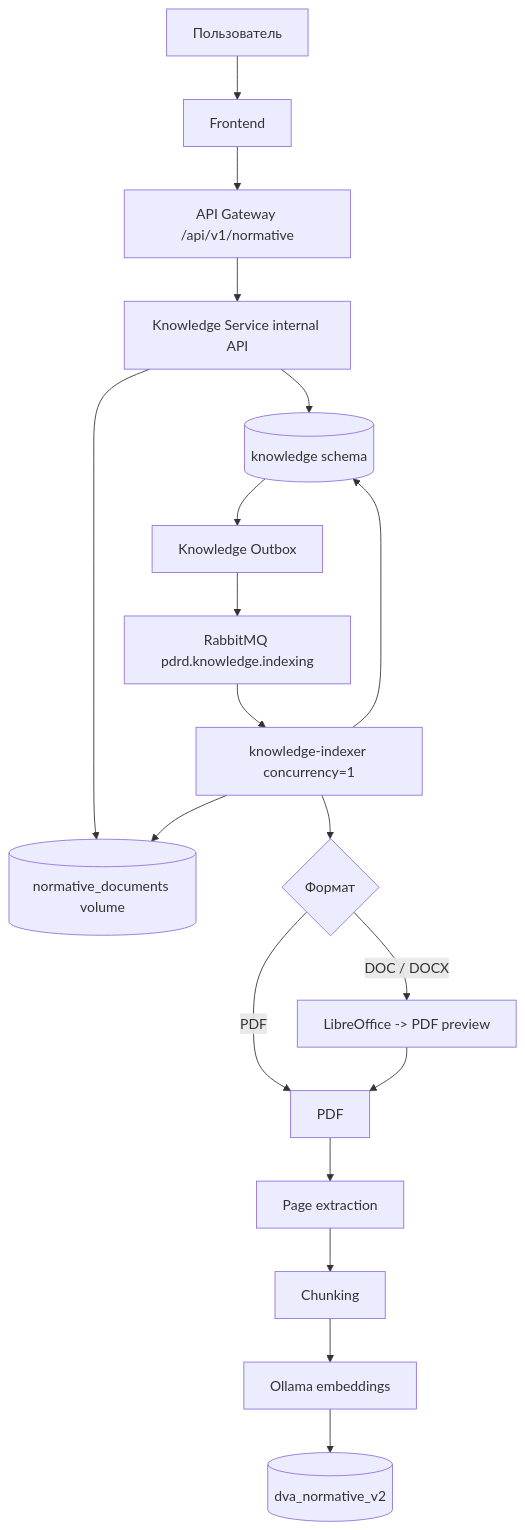
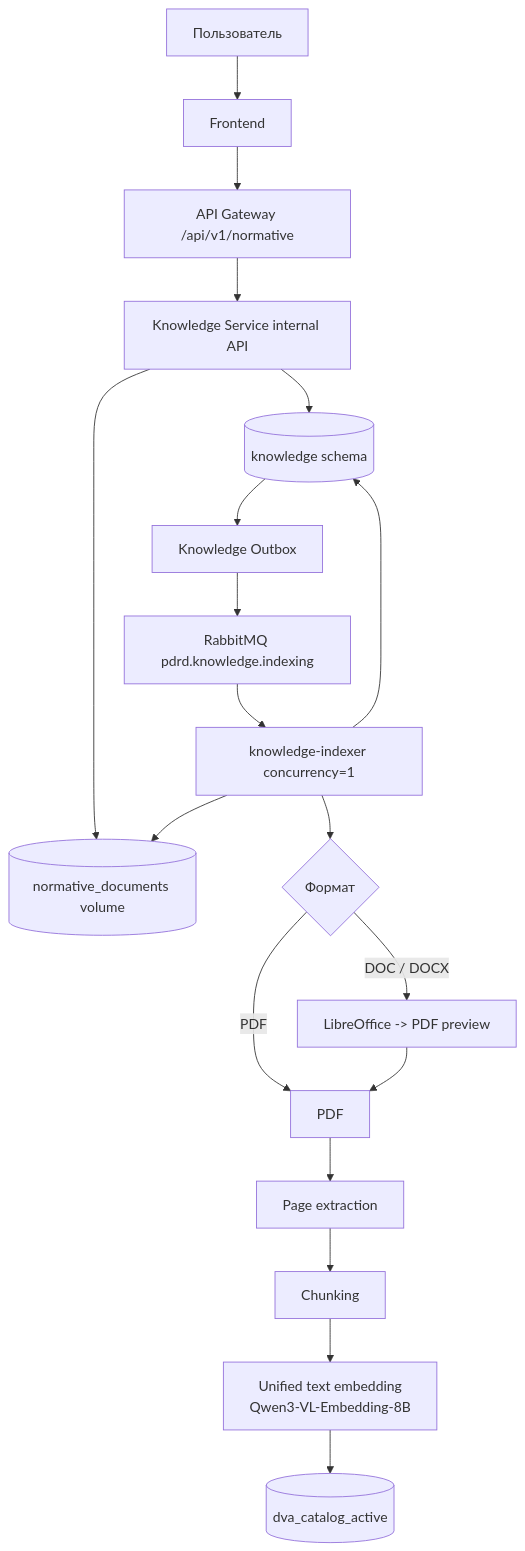
Before and after one commit to Amadu-A/PDRD-validation: the second of 10 diagrams in README.md, drawn with Mermaid. The commit also changed other lines of this file and 7 other files, not shown here.

````diff
--- a/README.md
+++ b/README.md
@@ -149,26 +172,26 @@
 ```mermaid
 flowchart TD
     U["Пользователь"] --> FE["Frontend"]
     FE --> GW["API Gateway /api/v1/normative"]
     GW --> KS["Knowledge Service internal API"]
 
     KS --> PG[("knowledge schema")]
     KS --> STORE[("normative_documents volume")]
 
     PG --> OUTBOX["Knowledge Outbox"]
     OUTBOX --> RMQ["RabbitMQ pdrd.knowledge.indexing"]
     RMQ --> IDX["knowledge-indexer concurrency=1"]
 
     IDX --> STORE
     IDX --> TYPE{"Формат"}
     TYPE -->|PDF| PDF["PDF"]
     TYPE -->|DOC / DOCX| LO["LibreOffice -> PDF preview"]
     LO --> PDF
 
     PDF --> TEXT["Page extraction"]
     TEXT --> CHUNK["Chunking"]
-    CHUNK --> EMB["Ollama embeddings"]
-    EMB --> MANAGED[("dva_normative_v2")]
+    CHUNK --> EMB["Unified text embedding\nQwen3-VL-Embedding-8B"]
+    EMB --> MANAGED[("dva_catalog_active")]
 
     IDX --> PG
 ```
````
